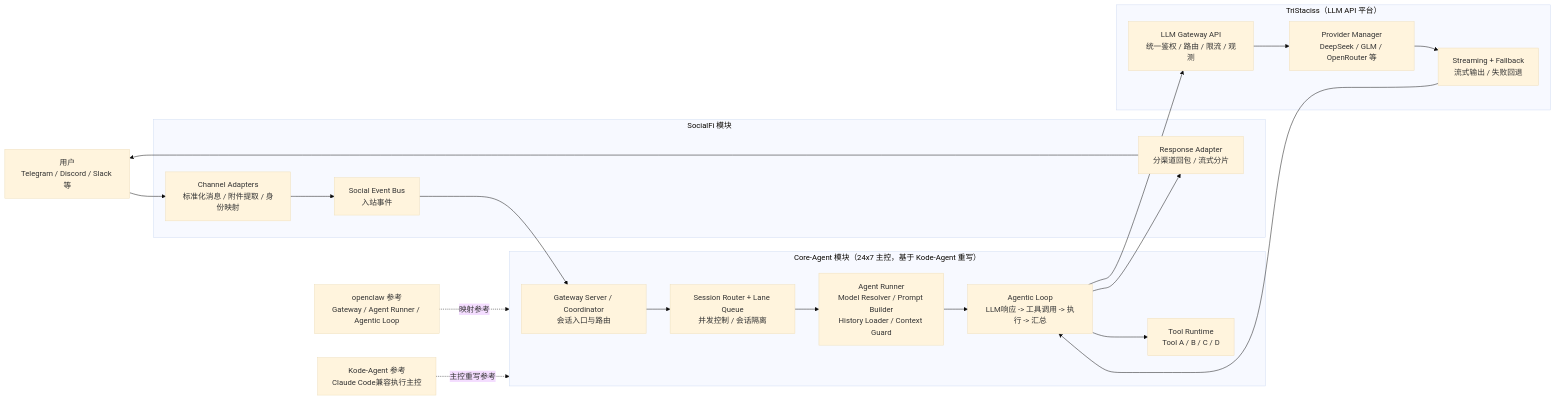
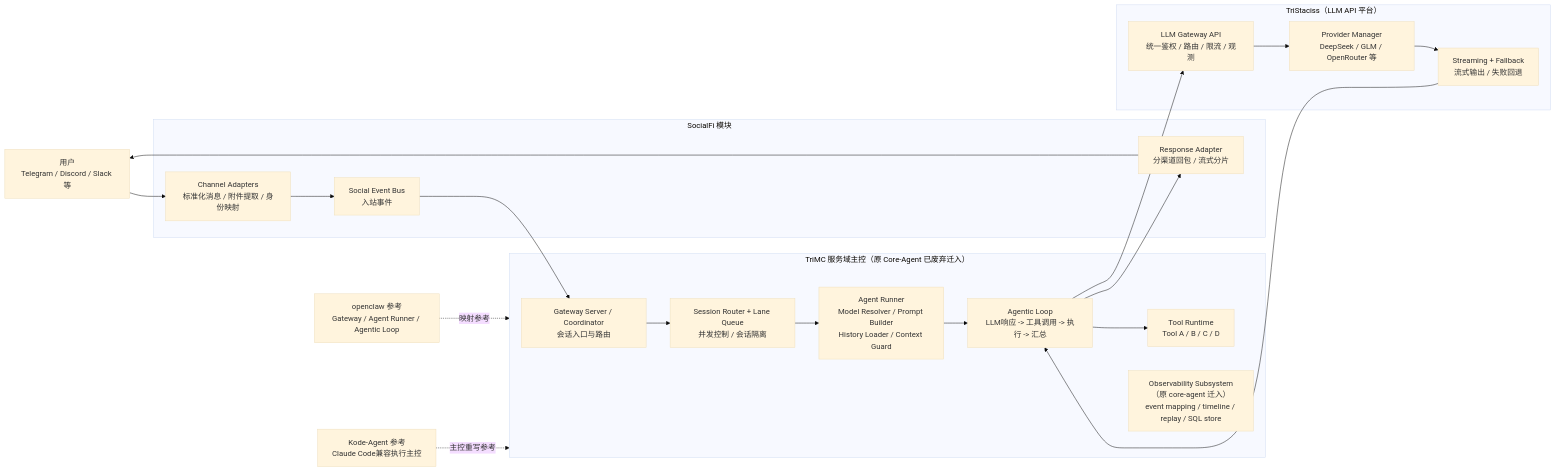
One commit to MoRen9527/TriMetaverse changed the diagram in docs/architecture-socialfi-core-agent-tristaciss.md. Above: the diagram before and after it, drawn with Mermaid (base theme). The commit also changed other lines of this file and 421 other files, not shown here.

First line of the commit message:
docs: TriHost to TriModel rename, core-agent deprecation, repo governance

````diff
--- a/docs/architecture-socialfi-core-agent-tristaciss.md
+++ b/docs/architecture-socialfi-core-agent-tristaciss.md
@@ -13,38 +15,39 @@
 ```mermaid
 flowchart LR
     U[用户\nTelegram / Discord / Slack 等]
 
     subgraph S[SocialFi 模块]
       SA[Channel Adapters\n标准化消息 / 附件提取 / 身份映射]
       SE[Social Event Bus\n入站事件]
       SR[Response Adapter\n分渠道回包 / 流式分片]
     end
 
-    subgraph C[Core-Agent 模块（24x7 主控，基于 Kode-Agent 重写）]
+    subgraph C[TriMC 服务域主控（原 Core-Agent 已废弃迁入）]
       G[Gateway Server / Coordinator\n会话入口与路由]
       Q[Session Router + Lane Queue\n并发控制 / 会话隔离]
       R[Agent Runner\nModel Resolver / Prompt Builder\nHistory Loader / Context Guard]
       L[Agentic Loop\nLLM响应 -> 工具调用 -> 执行 -> 汇总]
       T[Tool Runtime\nTool A / B / C / D]
+      O[Observability Subsystem\n（原 core-agent 迁入）\nevent mapping / timeline / replay / SQL store]
     end
 
     subgraph T3[TriStaciss（LLM API 平台）]
       API[LLM Gateway API\n统一鉴权 / 路由 / 限流 / 观测]
       PM[Provider Manager\nDeepSeek / GLM / OpenRouter 等]
       ST[Streaming + Fallback\n流式输出 / 失败回退]
     end
 
     U --> SA
     SA --> SE
     SE --> G
     G --> Q --> R --> L
     L --> API
     API --> PM --> ST
     ST --> L
     L --> T
     L --> SR
     SR --> U
 
     O1[openclaw 参考\nGateway / Agent Runner / Agentic Loop] -.映射参考.-> C
     O2[Kode-Agent 参考\nClaude Code兼容执行主控] -.主控重写参考.-> C
 ```
````
